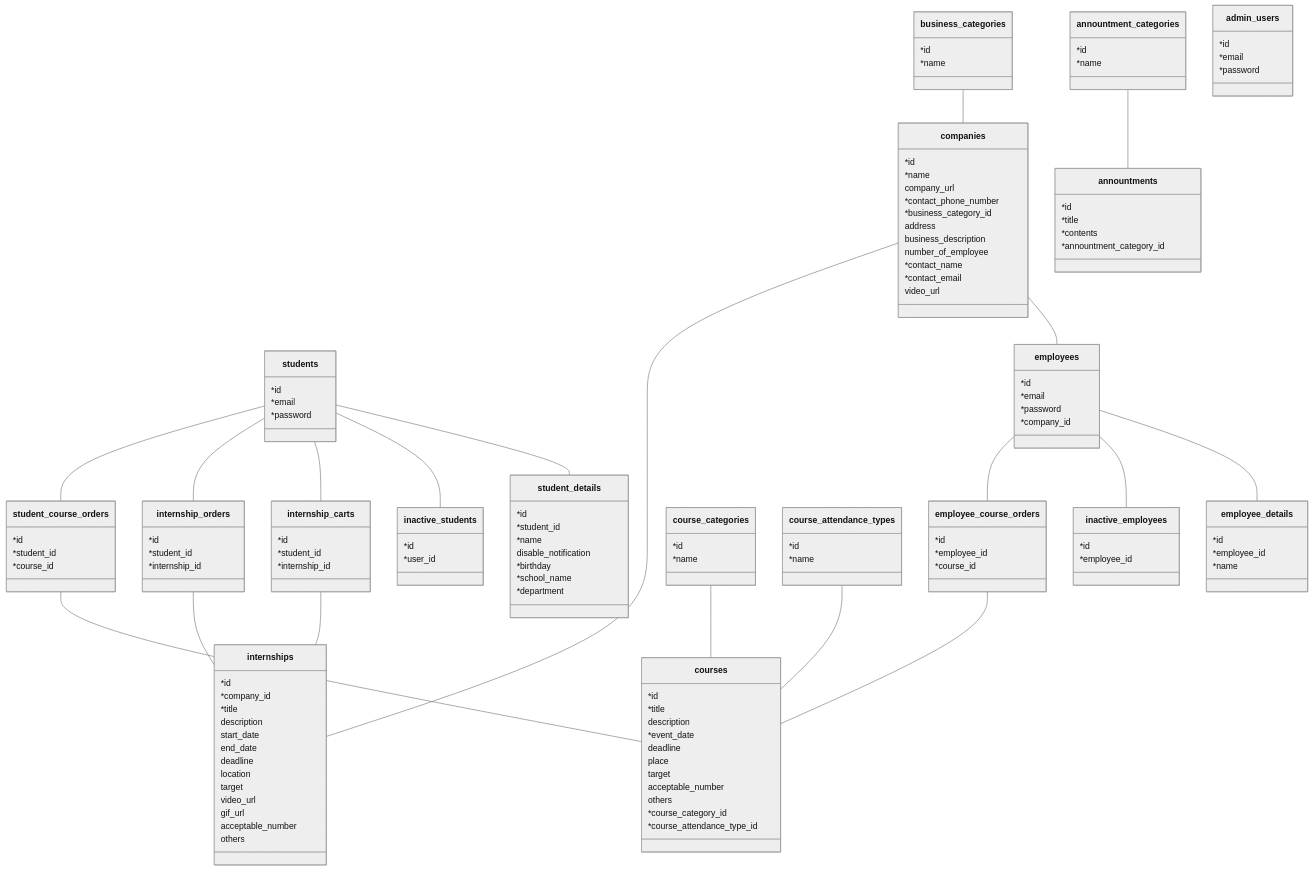
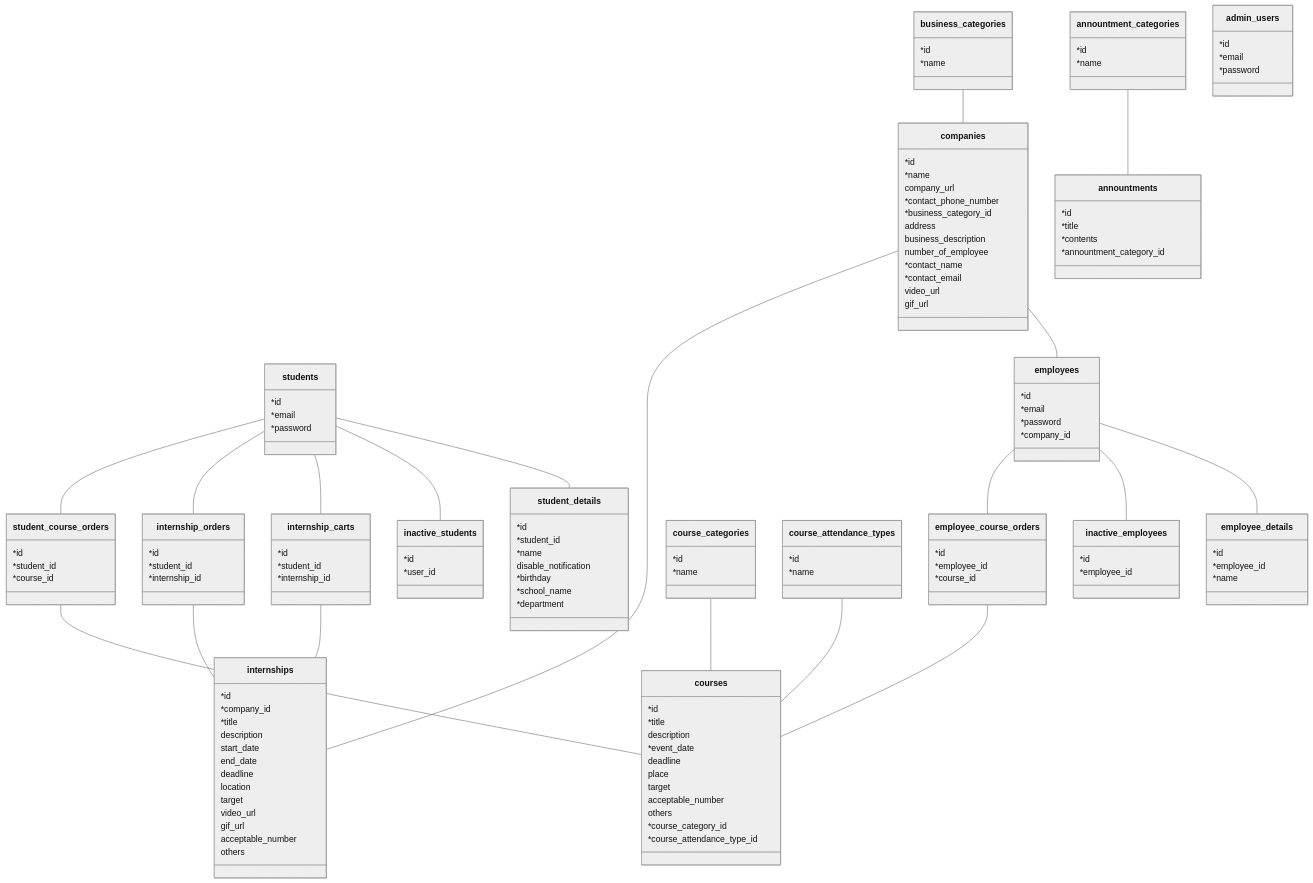
The diagram in docs/schema.md (youichiro/nagaoka-internship-site), drawn with Mermaid before and after one commit. The commit also changed 2 other files, not shown here.

Commit message:
add gif_url

```diff
--- a/docs/schema.md
+++ b/docs/schema.md
@@ -82,6 +82,7 @@
     *contact_name
     *contact_email
     video_url
+    gif_url
   }
 
   class business_categories {
```
